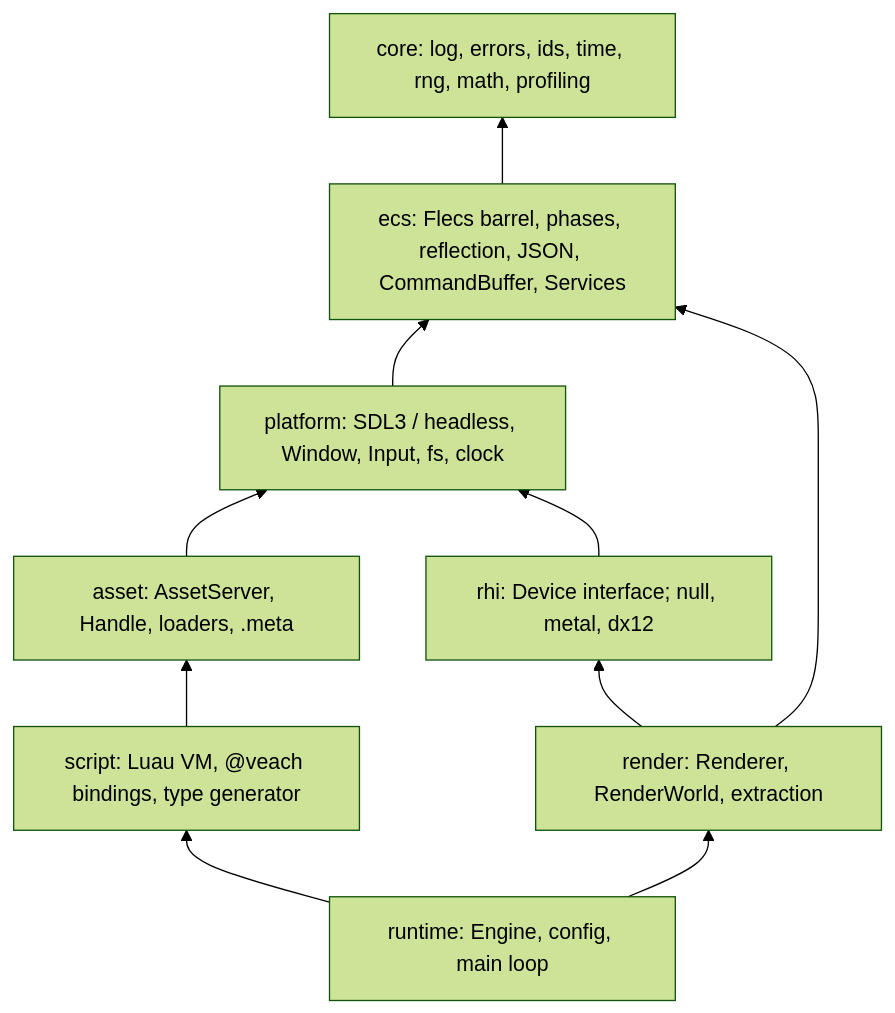
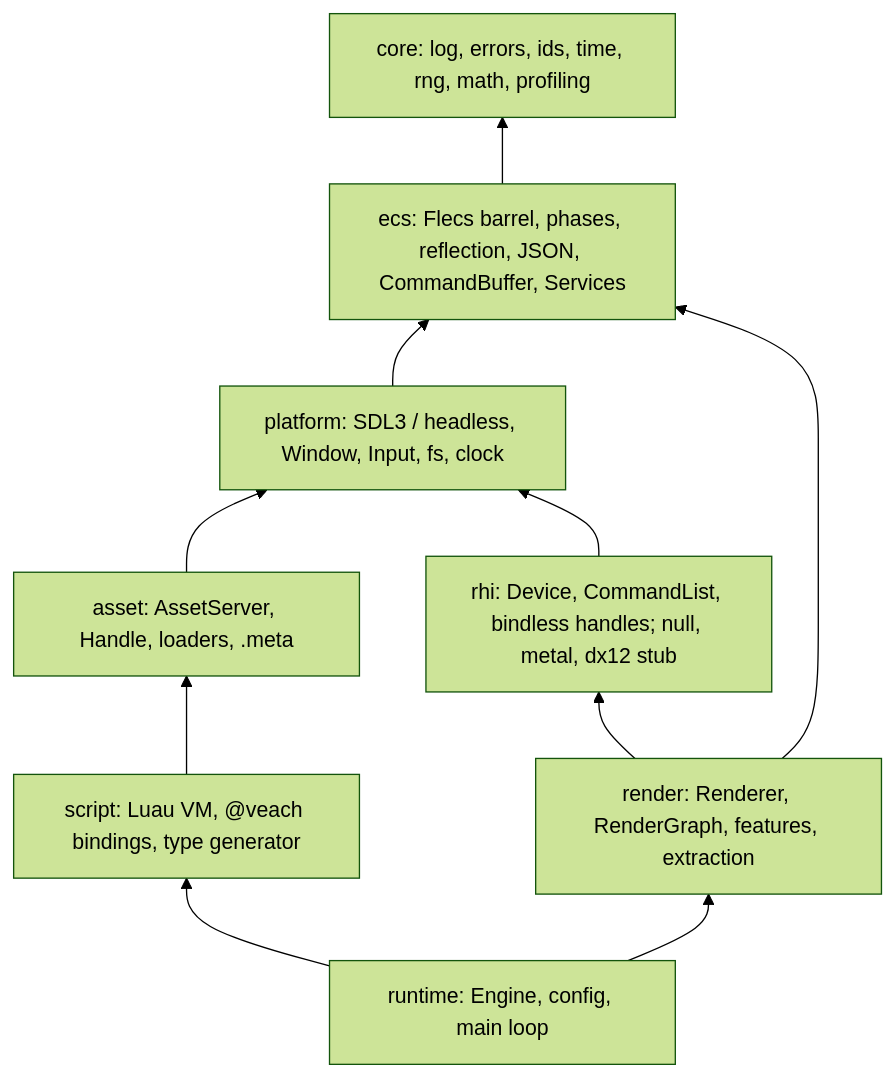
One commit to pdcamargo/veach changed the first of 2 diagrams in docs/ARCHITECTURE.md. Above: the diagram before and after it, drawn with Mermaid (forest theme). The commit also changed other lines of this file and 12 other files, not shown here.

First line of the commit message:
docs: first-light spec, rendering guide, ADR 0027, backlog and architecture updates

````diff
--- a/docs/ARCHITECTURE.md
+++ b/docs/ARCHITECTURE.md
@@ -47,20 +47,20 @@
 ```mermaid
 flowchart BT
     core["core: log, errors, ids, time, rng, math, profiling"]
     ecs["ecs: Flecs barrel, phases, reflection, JSON, CommandBuffer, Services"]
     platform["platform: SDL3 / headless, Window, Input, fs, clock"]
     asset["asset: AssetServer, Handle, loaders, .meta"]
     script["script: Luau VM, @veach bindings, type generator"]
-    rhi["rhi: Device interface; null, metal, dx12"]
-    render["render: Renderer, RenderWorld, extraction"]
+    rhi["rhi: Device, CommandList, bindless handles; null, metal, dx12 stub"]
+    render["render: Renderer, RenderGraph, features, extraction"]
     runtime["runtime: Engine, config, main loop"]
     ecs --> core
     platform --> ecs
     asset --> platform
     script --> asset
     rhi --> platform
     render --> rhi
     render --> ecs
     runtime --> script
     runtime --> render
 ```
````
